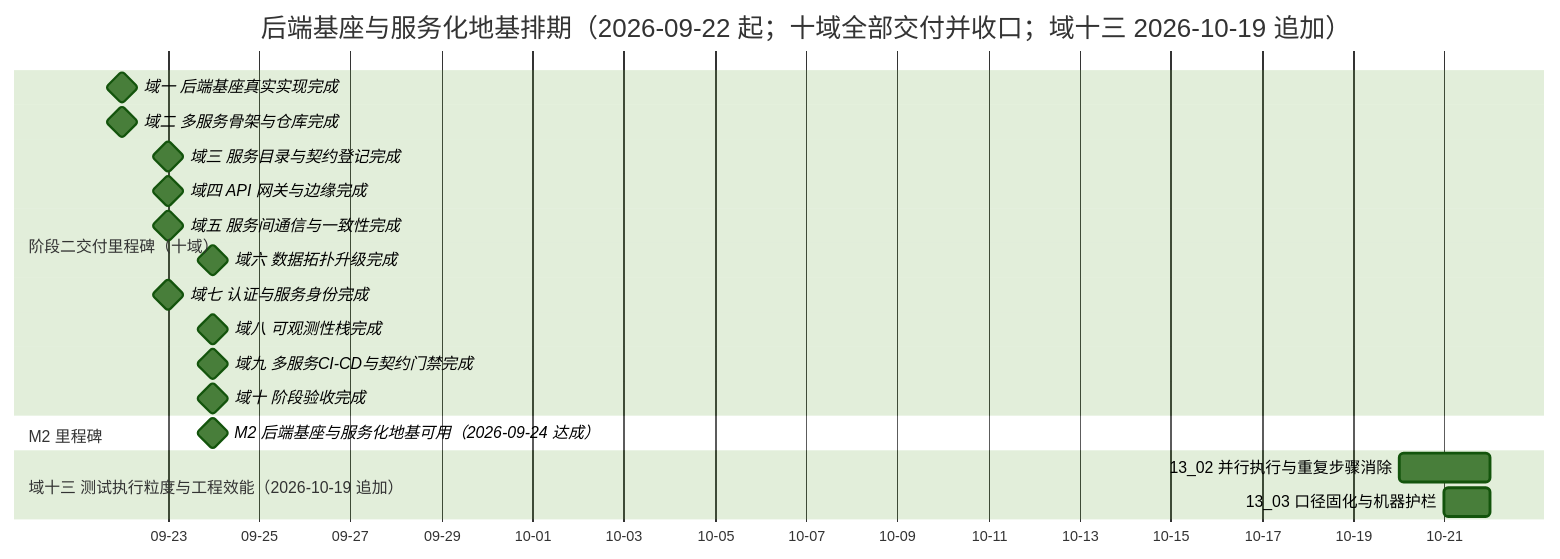
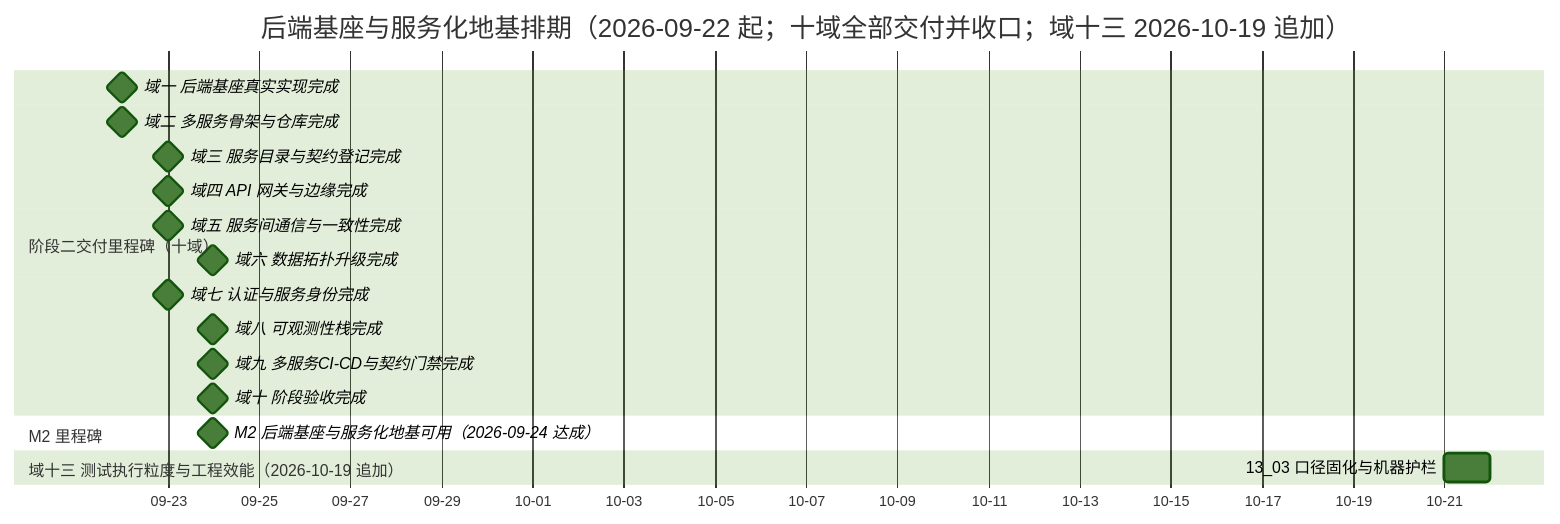
The diagram in bms文档/项目/02_后端基座与服务化地基/计划/01_计划_后端基座与服务化地基.md (minjian123/basic-management-system), drawn with Mermaid (forest theme) before and after one commit. The commit also changed other lines of this file and 3 other files, not shown here.

````diff
--- a/bms文档/项目/02_后端基座与服务化地基/计划/01_计划_后端基座与服务化地基.md
+++ b/bms文档/项目/02_后端基座与服务化地基/计划/01_计划_后端基座与服务化地基.md
@@ -83,22 +83,21 @@
 ```mermaid
 gantt
     title 后端基座与服务化地基排期（2026-09-22 起；十域全部交付并收口；域十三 2026-10-19 追加）
     dateFormat  YYYY-MM-DD
     axisFormat %m-%d
     section 阶段二交付里程碑（十域）
     域一 后端基座真实实现完成 :milestone, m01, 2026-09-22, 0d
     域二 多服务骨架与仓库完成 :milestone, m02, 2026-09-22, 0d
     域三 服务目录与契约登记完成 :milestone, m03, 2026-09-23, 0d
     域四 API 网关与边缘完成 :milestone, m04, 2026-09-23, 0d
     域五 服务间通信与一致性完成 :milestone, m05, 2026-09-23, 0d
     域六 数据拓扑升级完成 :milestone, m06, 2026-09-24, 0d
     域七 认证与服务身份完成 :milestone, m07, 2026-09-23, 0d
     域八 可观测性栈完成 :milestone, m08, 2026-09-24, 0d
     域九 多服务CI-CD与契约门禁完成 :milestone, m09, 2026-09-24, 0d
     域十 阶段验收完成 :milestone, m10, 2026-09-24, 0d
     section M2 里程碑
     M2 后端基座与服务化地基可用（2026-09-24 达成） :milestone, mm2, 2026-09-24, 0d
     section 域十三 测试执行粒度与工程效能（2026-10-19 追加）
-    13_02 并行执行与重复步骤消除 :t1302, 2026-10-20, 2d
     13_03 口径固化与机器护栏 :t1303, 2026-10-21, 1d
 ```
````
